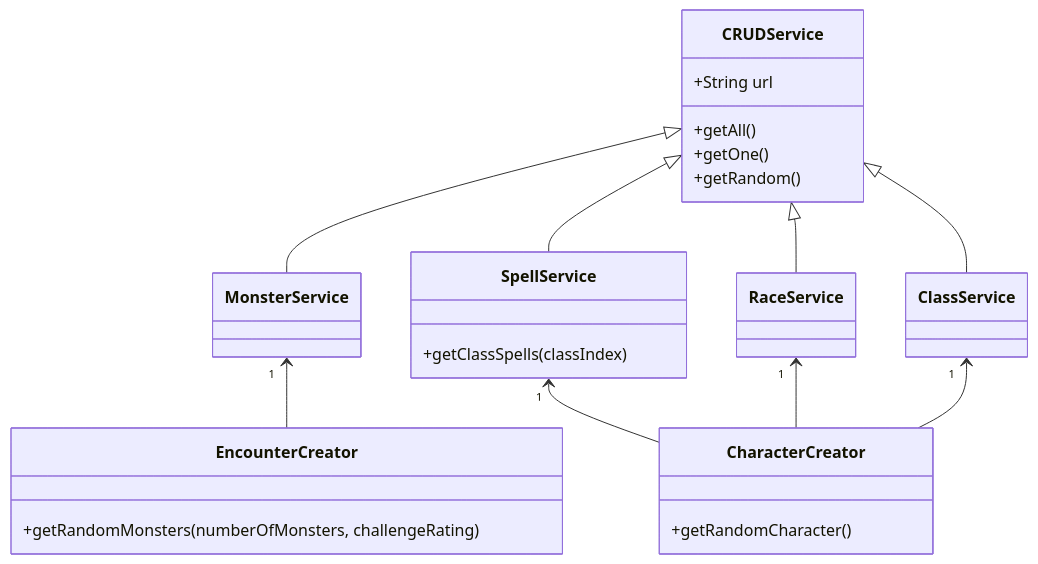
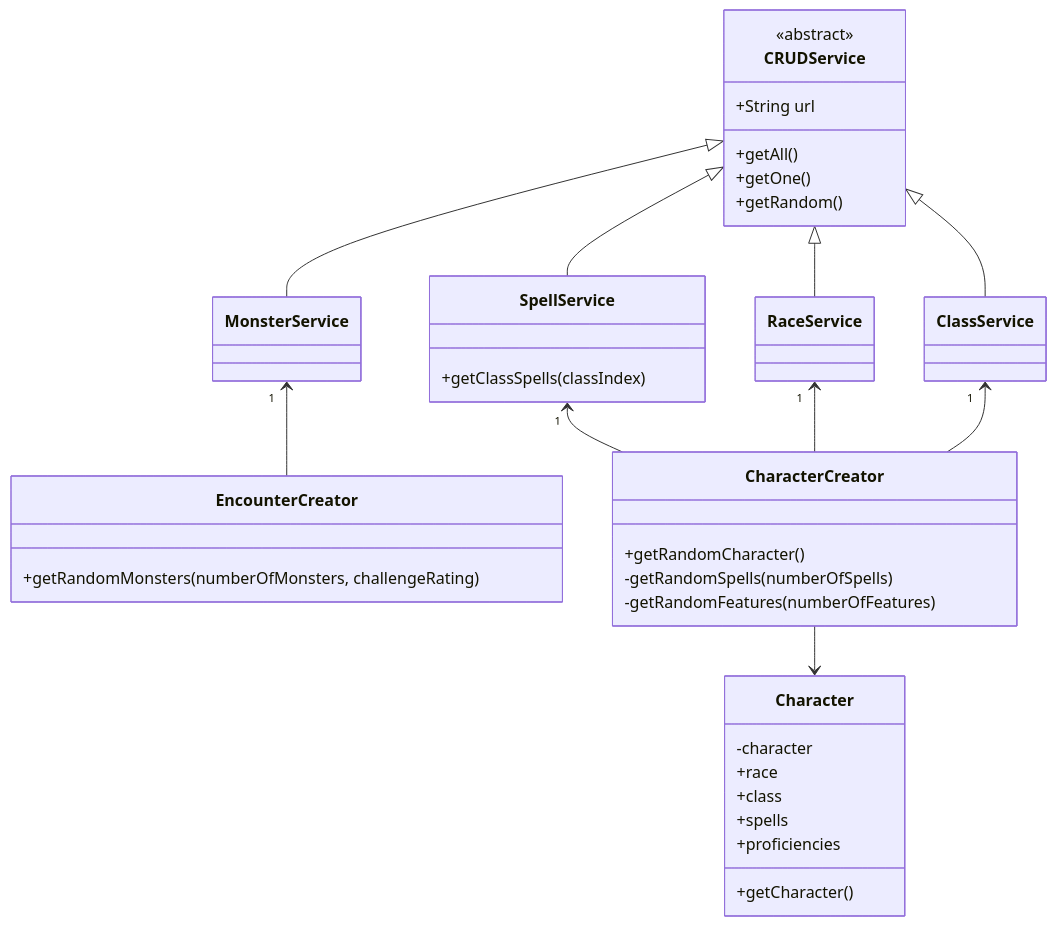
The diagram in README.md (wachtelhund/1dv61-_lab2), drawn with Mermaid before and after one commit. The commit also changed 11 other files, not shown here.

````diff
--- a/README.md
+++ b/README.md
@@ -20,32 +20,45 @@
 ```mermaid
     classDiagram
         CRUDService <|-- MonsterService
         CRUDService <|-- ClassService
         CRUDService <|-- RaceService
         CRUDService <|-- SpellService
 
         MonsterService"1"<--EncounterCreator
         SpellService"1"<--CharacterCreator
         RaceService"1"<--CharacterCreator
         ClassService"1"<--CharacterCreator
+        CharacterCreator-->Character
 
 
         class CRUDService{
+            <<abstract>>
             +String url
             +getAll()
             +getOne()
             +getRandom()
+        }
+
+        class Character{
+            -character
+            +race
+            +class
+            +spells
+            +proficiencies
+            +getCharacter()
         }
 
         class SpellService{
             +getClassSpells(classIndex)
         }
 
         class EncounterCreator{
             +getRandomMonsters(numberOfMonsters, challengeRating)
         }
 
         class CharacterCreator{
             +getRandomCharacter()
+            -getRandomSpells(numberOfSpells)
+            -getRandomFeatures(numberOfFeatures)
         }
 ```
````
